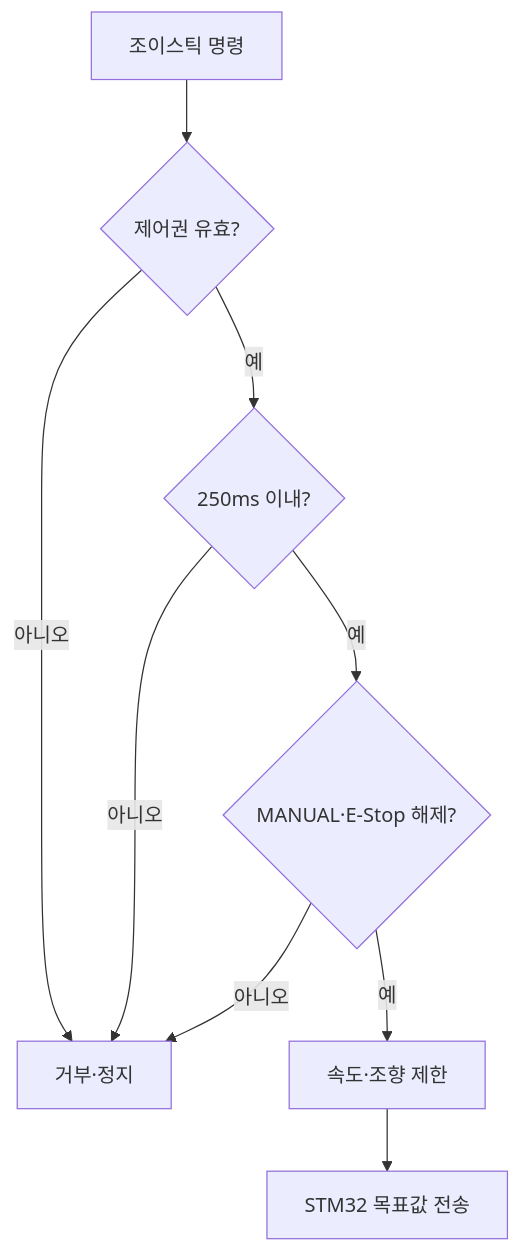
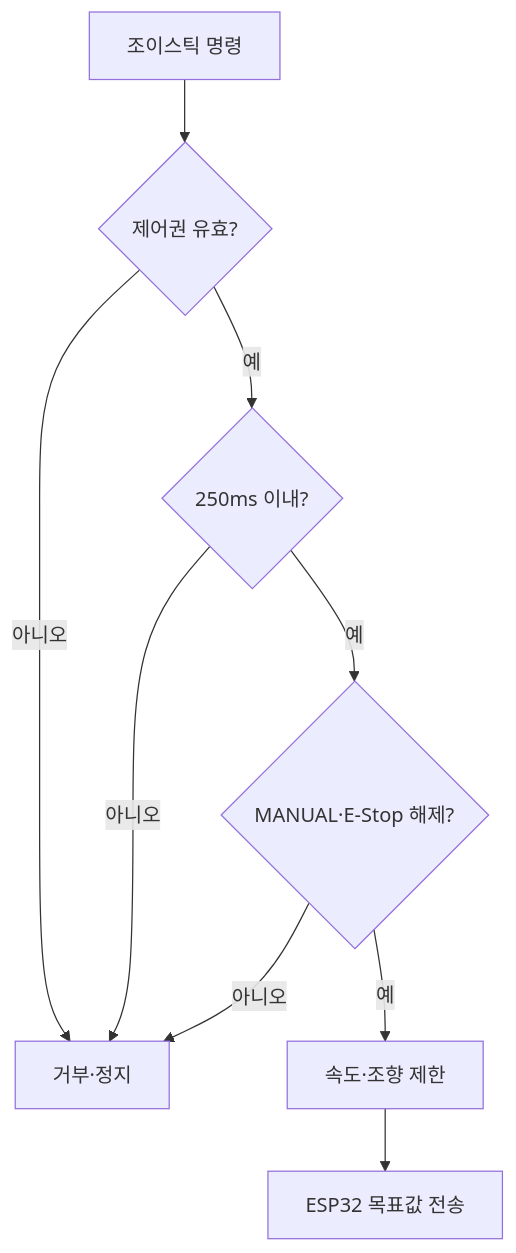
Before and after one commit to Common-AIOT/Sentinel-UGV: the third of 5 diagrams in docs/05-통신-서버-영상.md, drawn with Mermaid. The commit also changed other lines of this file and 8 other files, not shown here.

````diff
--- a/docs/05-통신-서버-영상.md
+++ b/docs/05-통신-서버-영상.md
@@ -786,11 +786,11 @@
 ```mermaid
 flowchart TD
     cmd["조이스틱 명령"] --> session{"제어권 유효?"}
     session -->|아니오| reject["거부·정지"]
     session -->|예| fresh{"250ms 이내?"}
     fresh -->|아니오| reject
     fresh -->|예| safe{"MANUAL·E-Stop 해제?"}
     safe -->|아니오| reject
     safe -->|예| limit["속도·조향 제한"]
-    limit --> stm["STM32 목표값 전송"]
+    limit --> stm["ESP32 목표값 전송"]
 ```
````
